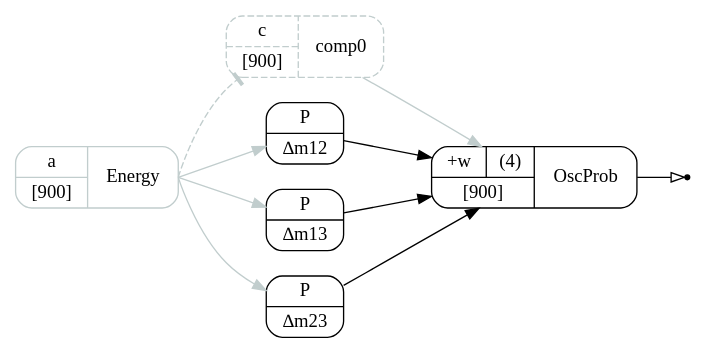
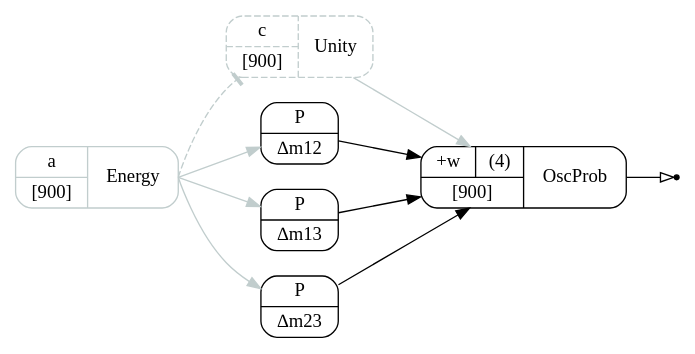
Before and after one commit to gnafit/gna: the diagram in dotfile.dot, drawn with Graphviz. The commit also changed 1 other file, not shown here.

```diff
--- a/dotfile.dot
+++ b/dotfile.dot
@@ -1,56 +1,56 @@
 digraph "" {
 	graph [fontsize=10,
 		labelfontsize=10,
 		layers="variable:transformation",
 		rankdir=LR
 	];
 	node [label="\N"];
 	entry_0000	 [label="{{{+w|(4)}|[900]}|OscProb}",
 		layer=transformation,
 		shape=Mrecord];
 	entry_0001_sink	 [label=out,
 		shape=point];
 	entry_0000 -> entry_0001_sink	 [arrowhead=empty,
 		layer=transformation];
 	entry_0002	 [color=azure3,
-		label="{{c|[900]}|comp0}",
+		label="{{c|[900]}|Unity}",
 		layer=transformation,
 		shape=Mrecord,
 		style=dashed];
 	entry_0002 -> entry_0000	 [color=azure3,
 		layer=transformation,
 		sametail=0];
 	entry_0003	 [label="P | &#8710;m12",
 		layer=transformation,
 		shape=Mrecord];
 	entry_0003 -> entry_0000	 [layer=transformation,
 		sametail=0];
 	entry_0004	 [label="P | &#8710;m13",
 		layer=transformation,
 		shape=Mrecord];
 	entry_0004 -> entry_0000	 [layer=transformation,
 		sametail=0];
 	entry_0005	 [label="P | &#8710;m23",
 		layer=transformation,
 		shape=Mrecord];
 	entry_0005 -> entry_0000	 [layer=transformation,
 		sametail=0];
 	entry_0006	 [color=azure3,
 		label="{{a|[900]}|Energy}",
 		layer=transformation,
 		shape=Mrecord];
 	entry_0006 -> entry_0002	 [arrowhead=tee,
 		color=azure3,
 		layer=transformation,
 		sametail=0,
 		style=dashed];
 	entry_0006 -> entry_0003	 [color=azure3,
 		layer=transformation,
 		sametail=0];
 	entry_0006 -> entry_0004	 [color=azure3,
 		layer=transformation,
 		sametail=0];
 	entry_0006 -> entry_0005	 [color=azure3,
 		layer=transformation,
 		sametail=0];
 }
```
